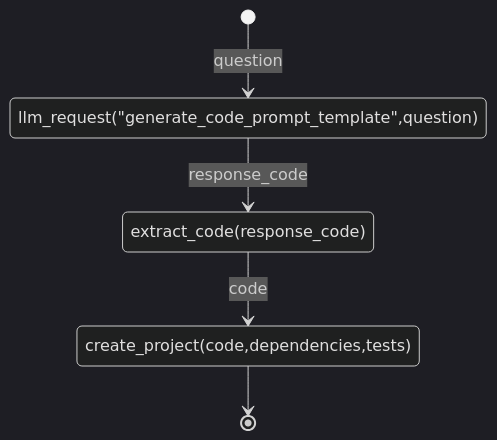
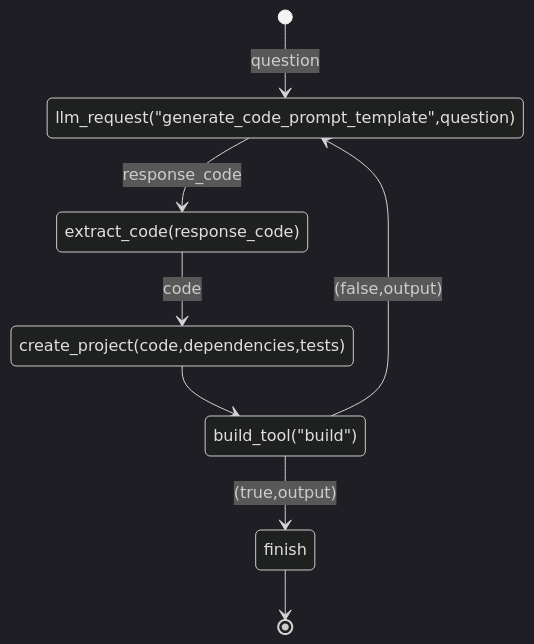
Before and after one commit to rizgan/LLM-Logic-Exec-Verify: the diagram in state.md, drawn with Mermaid (dark theme). The commit also changed other lines of this file, not shown here.

````diff
--- a/state.md
+++ b/state.md
@@ -19,7 +20,10 @@
 ```mermaid
 stateDiagram
 [*] --> llm_request("generate_code_prompt_template",question) : question
 llm_request("generate_code_prompt_template",question) --> extract_code(response_code) : response_code
 extract_code(response_code) --> create_project(code,dependencies,tests) : code
-create_project(code,dependencies,tests) --> [*]
+create_project(code,dependencies,tests) --> build_tool("build")
+build_tool("build") --> finish : (true,output) 
+build_tool("build") --> llm_request("generate_code_prompt_template",question) : (false,output) 
+finish --> [*]
 ```
````
